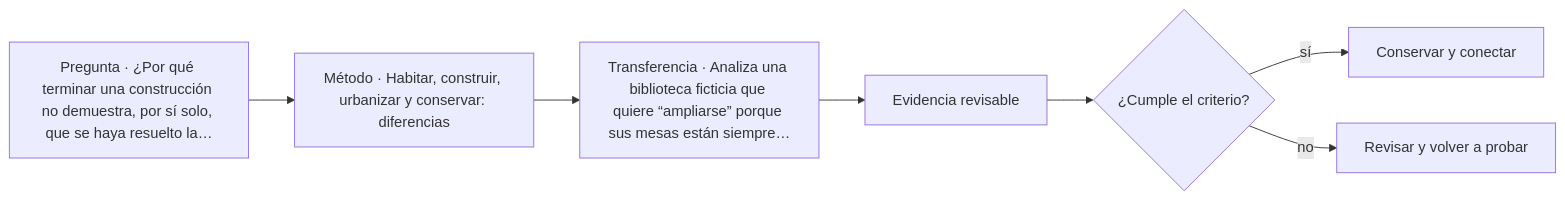
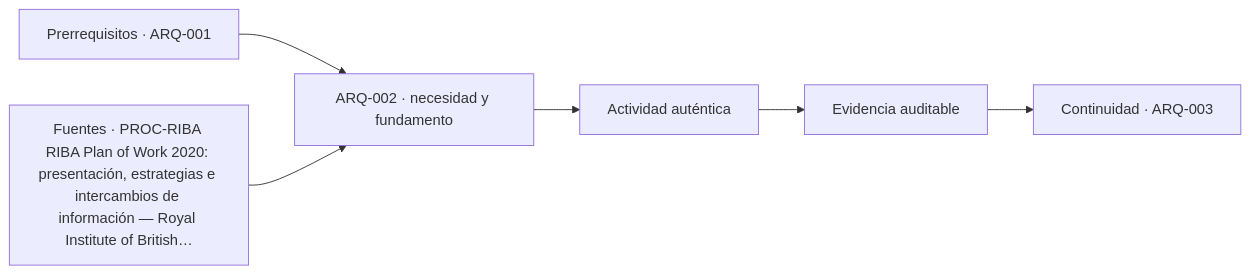
One commit to vladimiracunadev-create/architecture-built-environment-learning-program changed the diagram in classes/parte-01/ARQ-002.md. Above: the diagram before and after it, drawn with Mermaid. The commit also changed other lines of this file and 761 other files, not shown here.

````diff
--- a/classes/parte-01/ARQ-002.md
+++ b/classes/parte-01/ARQ-002.md
@@ -101,9 +113,8 @@
 ```mermaid
 flowchart LR
-    Q["Pregunta · ¿Por qué terminar una construcción no demuestra, por sí solo, que se haya resuelto la…"] --> M["Método · Habitar, construir, urbanizar y conservar: diferencias"]
-    M --> P["Transferencia · Analiza una biblioteca ficticia que quiere “ampliarse” porque sus mesas están siempre…"]
-    P --> E["Evidencia revisable"]
-    E --> C{"¿Cumple el criterio?"}
-    C -->|sí| T["Conservar y conectar"]
-    C -->|no| R["Revisar y volver a probar"]
+    A["Prerrequisitos · ARQ-001"] --> B["ARQ-002 · necesidad y fundamento"]
+    S["Fuentes · PROC-RIBA RIBA Plan of Work 2020: presentación, estrategias e intercambios de información — Royal Institute of British…"] --> B
+    B --> C["Actividad auténtica"]
+    C --> D["Evidencia auditable"]
+    D --> E["Continuidad · ARQ-003"]
 ```
````
